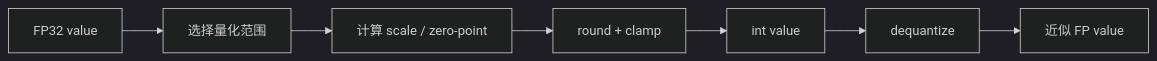
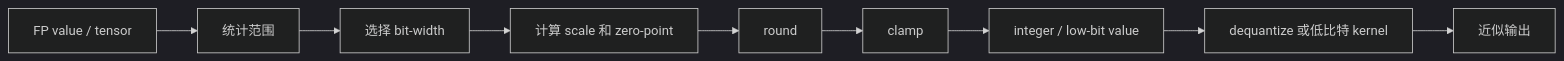
Before and after one commit to skyswordw/edge-ai-deployment-course: the first of 3 diagrams in docs/quantization-math-basics.md, drawn with Mermaid (dark theme). The commit also changed other lines of this file and 29 other files, not shown here.

````diff
--- a/docs/quantization-math-basics.md
+++ b/docs/quantization-math-basics.md
@@ -19,9 +44,11 @@
 ```mermaid
 flowchart LR
-  A[FP32 value] --> B[选择量化范围]
-  B --> C[计算 scale / zero-point]
-  C --> D[round + clamp]
-  D --> E[int value]
-  E --> F[dequantize]
-  F --> G[近似 FP value]
+  A["FP value / tensor"] --> B["统计范围"]
+  B --> C["选择 bit-width"]
+  C --> D["计算 scale 和 zero-point"]
+  D --> E["round"]
+  E --> F["clamp"]
+  F --> G["integer / low-bit value"]
+  G --> H["dequantize 或低比特 kernel"]
+  H --> I["近似输出"]
 ```
````
